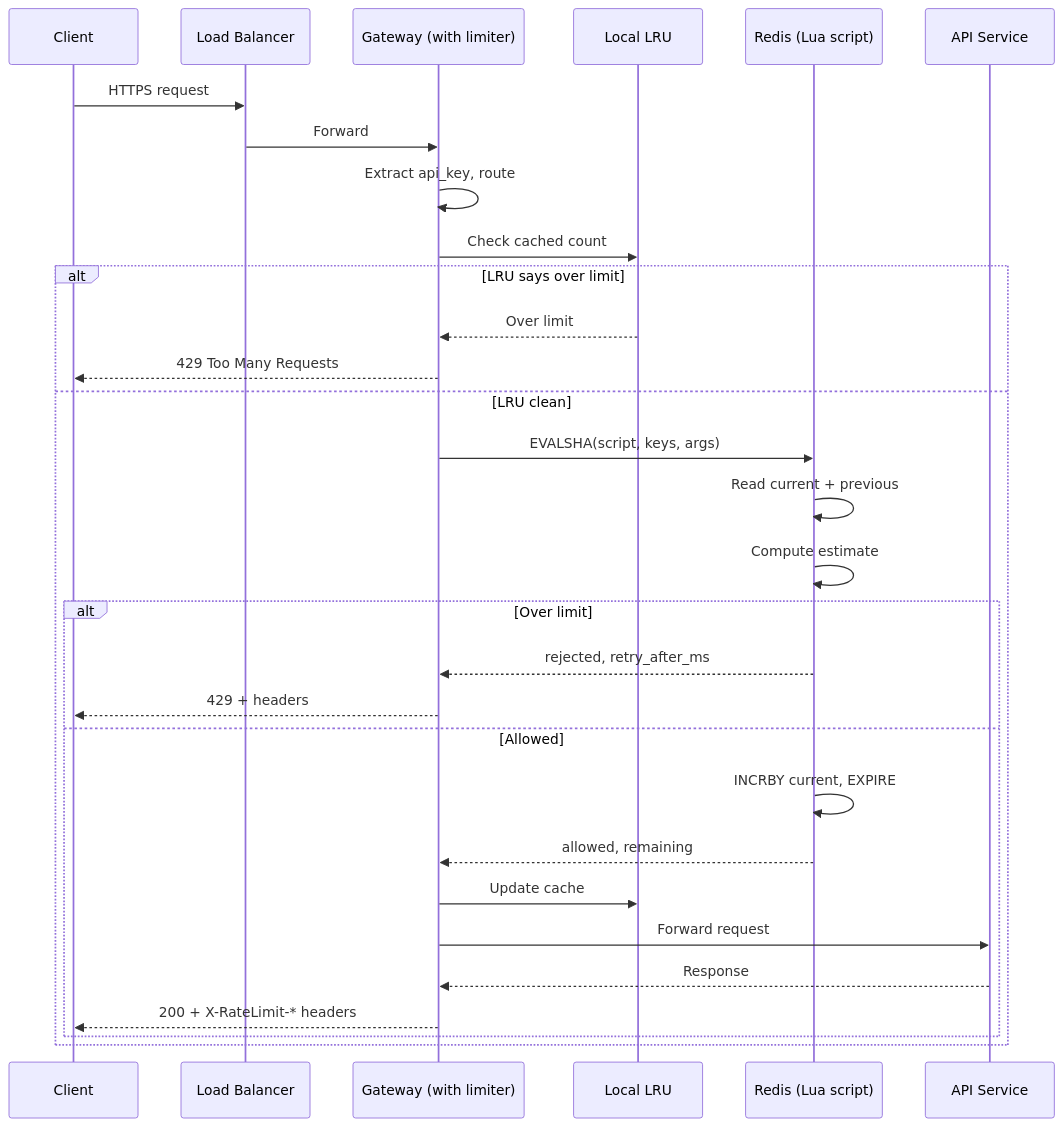
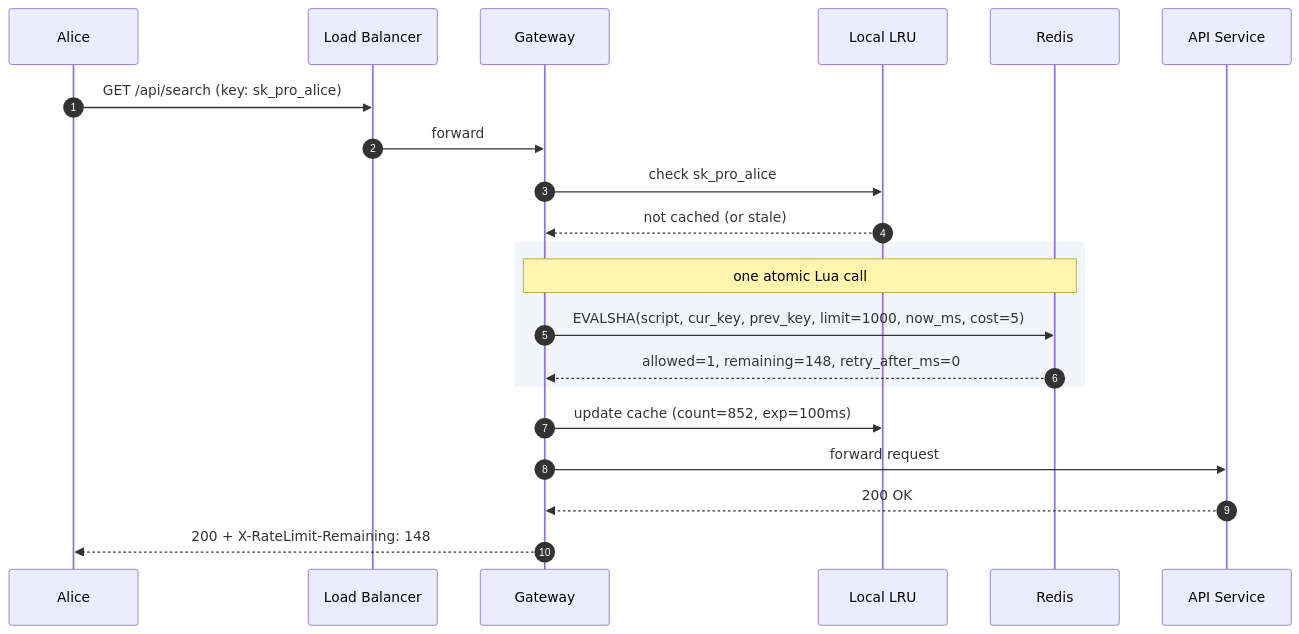
One commit to shiningflash/system-design changed the ninth of 11 diagrams in problems/004-rate-limiter/question.md. Above: the diagram before and after it, drawn with Mermaid. The commit also changed other lines of this file and 38 other files, not shown here.

````diff
--- a/problems/004-rate-limiter/question.md
+++ b/problems/004-rate-limiter/question.md
@@ -386,33 +321,27 @@
 ```mermaid
 sequenceDiagram
-    participant C as Client
+    autonumber
+    participant Alice
     participant LB as Load Balancer
-    participant GW as Gateway (with limiter)
+    participant GW as Gateway
     participant LRU as Local LRU
-    participant R as Redis (Lua script)
+    participant R as Redis
     participant API as API Service
 
-    C->>LB: HTTPS request
-    LB->>GW: Forward
-    GW->>GW: Extract api_key, route
-    GW->>LRU: Check cached count
-    alt LRU says over limit
-        LRU-->>GW: Over limit
-        GW-->>C: 429 Too Many Requests
-    else LRU clean
-        GW->>R: EVALSHA(script, keys, args)
-        R->>R: Read current + previous
-        R->>R: Compute estimate
-        alt Over limit
-            R-->>GW: rejected, retry_after_ms
-            GW-->>C: 429 + headers
-        else Allowed
-            R->>R: INCRBY current, EXPIRE
-            R-->>GW: allowed, remaining
-            GW->>LRU: Update cache
-            GW->>API: Forward request
-            API-->>GW: Response
-            GW-->>C: 200 + X-RateLimit-* headers
-        end
+    Alice->>LB: GET /api/search (key: sk_pro_alice)
+    LB->>GW: forward
+
+    GW->>LRU: check sk_pro_alice
+    LRU-->>GW: not cached (or stale)
+
+    rect rgb(241, 245, 249)
+        Note over GW,R: one atomic Lua call
+        GW->>R: EVALSHA(script, cur_key, prev_key, limit=1000, now_ms, cost=5)
+        R-->>GW: allowed=1, remaining=148, retry_after_ms=0
     end
+
+    GW->>LRU: update cache (count=852, exp=100ms)
+    GW->>API: forward request
+    API-->>GW: 200 OK
+    GW-->>Alice: 200 + X-RateLimit-Remaining: 148
 ```
````
